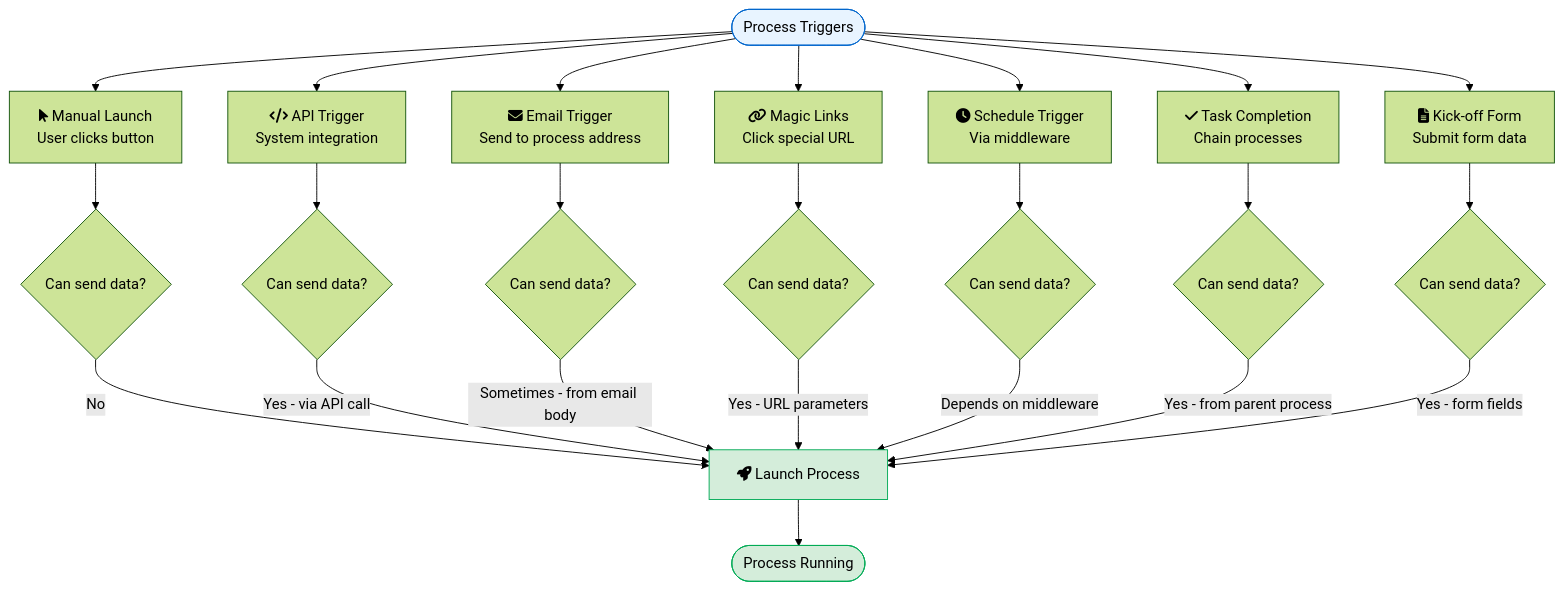
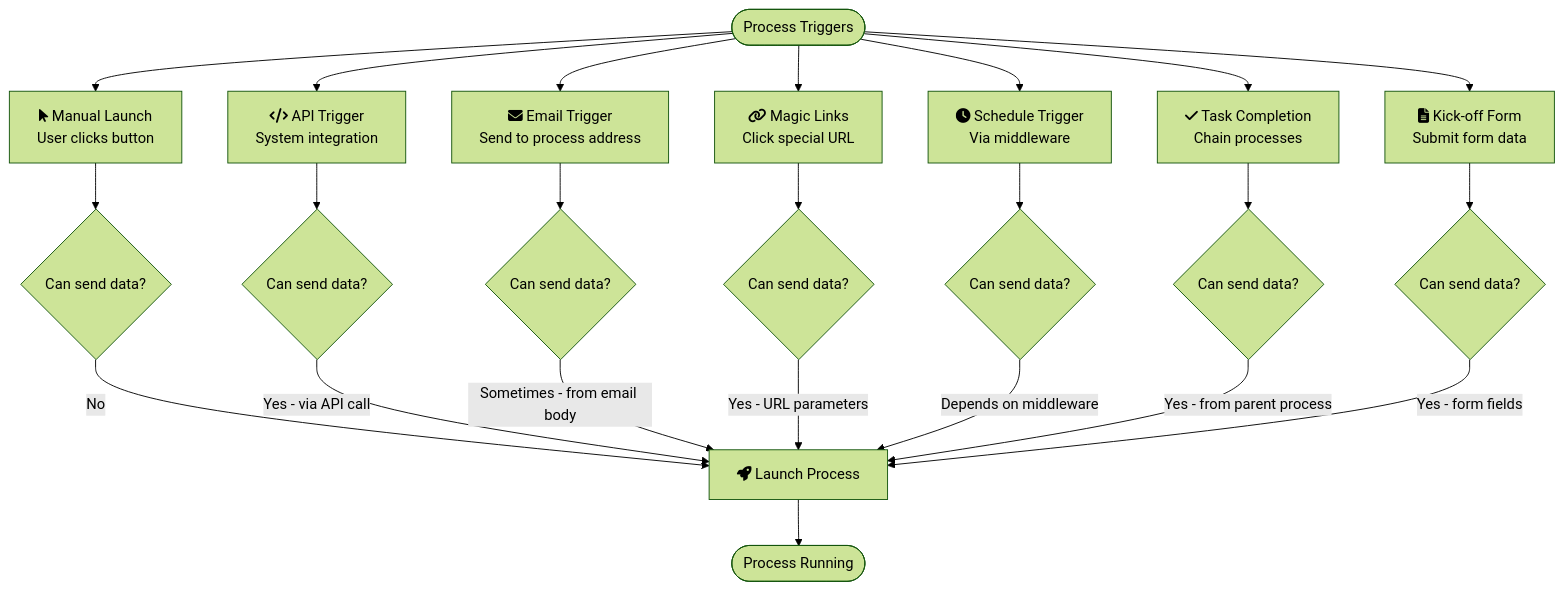
Before and after one commit to tallyfy/documentation: the diagram in src/content/docs/pro/launching/triggers/index.mdx, drawn with Mermaid. The commit also changed 13 other files, not shown here.

First line of the commit message:
Remove style directives from Mermaid diagrams across documentation

````diff
--- a/src/content/docs/pro/launching/triggers/index.mdx
+++ b/src/content/docs/pro/launching/triggers/index.mdx
@@ -44,39 +44,35 @@
 ```mermaid
 %%{init: {'theme':'forest'}}%%
 flowchart TD
     Start([Process Triggers]) --> Manual[fa:fa-mouse-pointer Manual Launch<br/>User clicks button]
     Start --> API[fa:fa-code API Trigger<br/>System integration]
     Start --> Email[fa:fa-envelope Email Trigger<br/>Send to process address]
     Start --> Magic[fa:fa-link Magic Links<br/>Click special URL]
     Start --> Schedule[fa:fa-clock Schedule Trigger<br/>Via middleware]
     Start --> Task[fa:fa-check Task Completion<br/>Chain processes]
     Start --> Form[fa:fa-file-text Kick-off Form<br/>Submit form data]
     
     Manual --> DataCheck1{Can send data?}
     API --> DataCheck2{Can send data?}
     Email --> DataCheck3{Can send data?}
     Magic --> DataCheck4{Can send data?}
     Schedule --> DataCheck5{Can send data?}
     Task --> DataCheck6{Can send data?}
     Form --> DataCheck7{Can send data?}
     
     DataCheck1 -->|No| Launch[fa:fa-rocket Launch Process]
     DataCheck2 -->|Yes - via API call| Launch
     DataCheck3 -->|Sometimes - from email body| Launch
     DataCheck4 -->|Yes - URL parameters| Launch
     DataCheck5 -->|Depends on middleware| Launch
     DataCheck6 -->|Yes - from parent process| Launch
     DataCheck7 -->|Yes - form fields| Launch
     
     Launch --> Process([Process Running])
     
-    style Start fill:#E8F4FF,stroke:#0066CC
-    style Launch fill:#D4EDDA,stroke:#00AA55
-    style Process fill:#D4EDDA,stroke:#00AA55
-    
     click API "/products/pro/launching/triggers/via-api/" "API trigger details"
     click Email "/products/pro/launching/triggers/via-email/" "Email trigger setup"
     click Magic "/products/pro/launching/triggers/magic-links/" "Magic link configuration"
     click Schedule "/products/pro/launching/triggers/via-middleware/" "Middleware scheduling"
     click Form "#kick-off-form" "Jump to form section"
 ```
````
